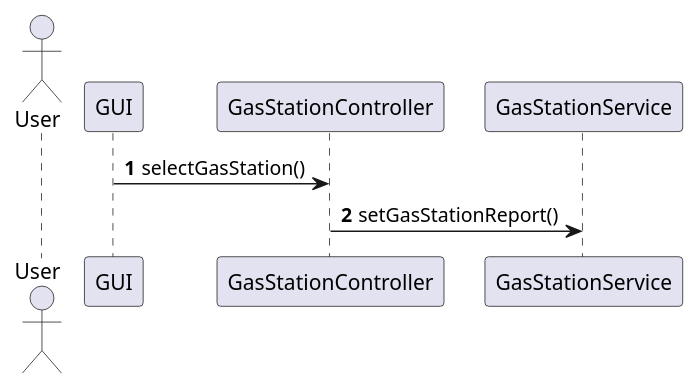
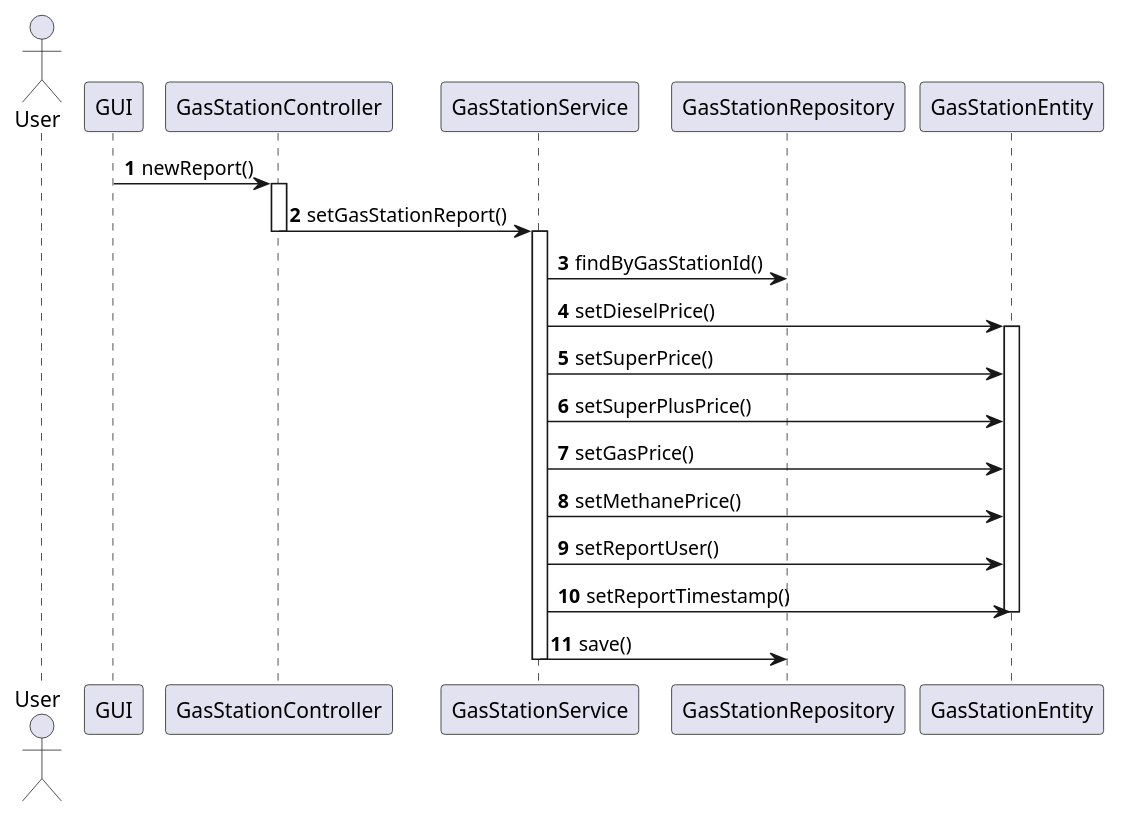
One commit to s269731/Ezgas-SE1 changed the seventh of 10 diagrams in docs/DesignDocument.md. Above: the diagram before and after it, drawn with PlantUML. The commit also changed other lines of this file and 1 other file, not shown here.

Commit message:
docs: fix in DesignDocument.md of verification sequence diagram, add some methods in repository interface and converter class

````diff
--- a/docs/DesignDocument.md
+++ b/docs/DesignDocument.md
@@ -545,12 +586,27 @@
 ```plantuml
 
 @startuml
 
 autonumber
 actor User
-GUI -> GasStationController: selectGasStation()
+GUI -> GasStationController: newReport()
+activate GasStationController
 GasStationController -> GasStationService: setGasStationReport()
+deactivate GasStationController
+activate GasStationService
+GasStationService -> GasStationRepository: findByGasStationId()
+GasStationService -> GasStationEntity: setDieselPrice()
+activate GasStationEntity
+GasStationService -> GasStationEntity: setSuperPrice()
+GasStationService -> GasStationEntity: setSuperPlusPrice()
+GasStationService -> GasStationEntity: setGasPrice()
+GasStationService -> GasStationEntity: setMethanePrice()
+GasStationService -> GasStationEntity: setReportUser()
+GasStationService -> GasStationEntity: setReportTimestamp()
+deactivate GasStationEntity
+GasStationService -> GasStationRepository: save()
+deactivate GasStationService
 
 @enduml
 
 ```
````
